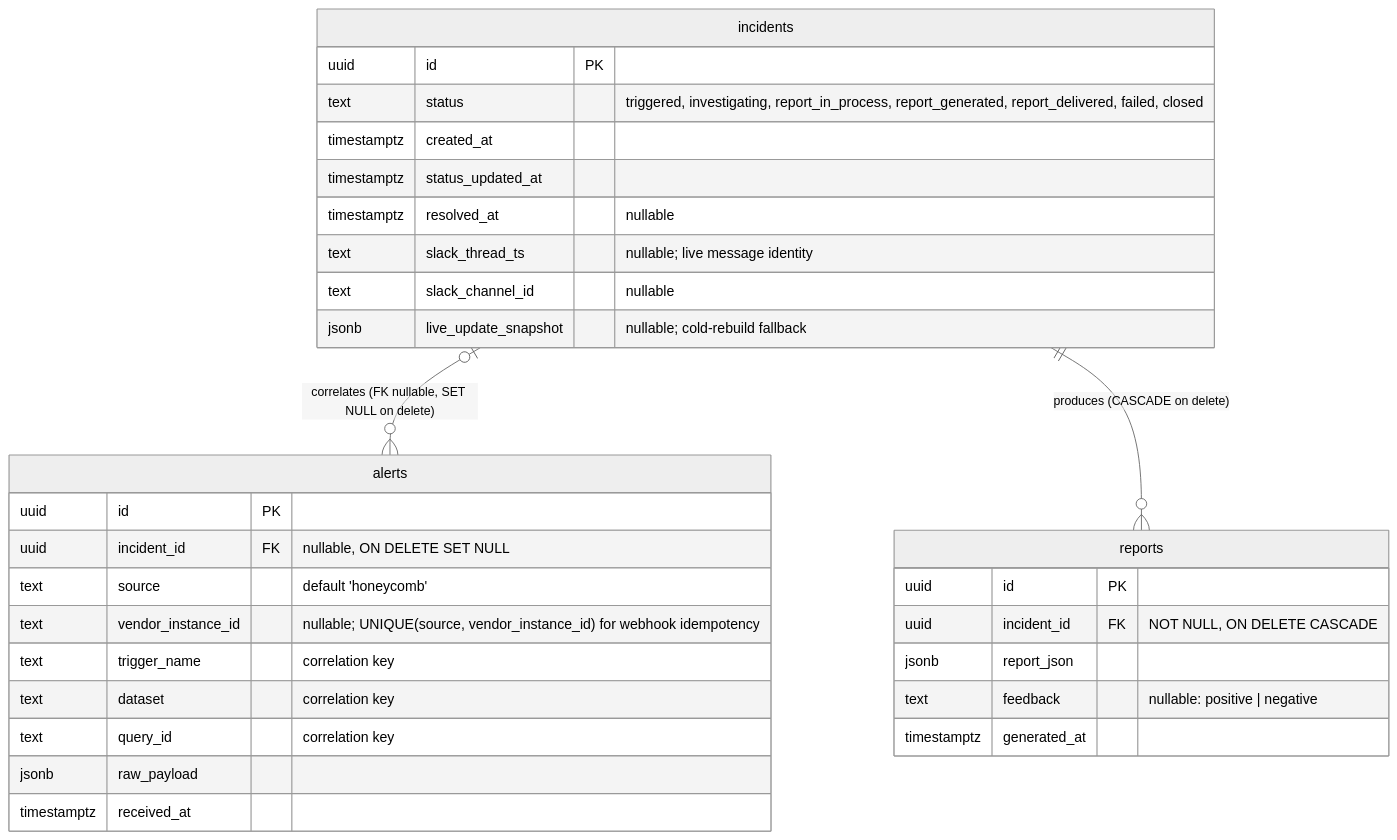
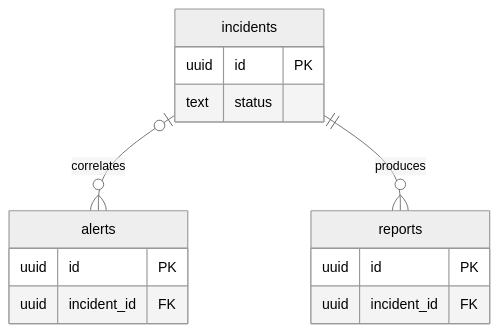
Before and after one commit to oiva-app/oiva: the diagram in docs/oiva-agent.md, drawn with Mermaid (neutral theme). The commit also changed other lines of this file and 1 other file, not shown here.

Commit message:
docs: simplify ERD and update alert shape note

````diff
--- a/docs/oiva-agent.md
+++ b/docs/oiva-agent.md
@@ -49,36 +49,18 @@
 ```mermaid
 erDiagram
-    incidents |o--o{ alerts : "correlates (FK nullable, SET NULL on delete)"
-    incidents ||--o{ reports : "produces (CASCADE on delete)"
+    incidents |o--o{ alerts : "correlates"
+    incidents ||--o{ reports : "produces"
 
     incidents {
         uuid id PK
-        text status "triggered, investigating, report_in_process, report_generated, report_delivered, failed, closed"
-        timestamptz created_at
-        timestamptz status_updated_at
-        timestamptz resolved_at "nullable"
-        text slack_thread_ts "nullable; live message identity"
-        text slack_channel_id "nullable"
-        jsonb live_update_snapshot "nullable; cold-rebuild fallback"
+        text status
     }
-
     alerts {
         uuid id PK
-        uuid incident_id FK "nullable, ON DELETE SET NULL"
-        text source "default 'honeycomb'"
-        text vendor_instance_id "nullable; UNIQUE(source, vendor_instance_id) for webhook idempotency"
-        text trigger_name "correlation key"
-        text dataset "correlation key"
-        text query_id "correlation key"
-        jsonb raw_payload
-        timestamptz received_at
+        uuid incident_id FK
     }
-
     reports {
         uuid id PK
-        uuid incident_id FK "NOT NULL, ON DELETE CASCADE"
-        jsonb report_json
-        text feedback "nullable: positive | negative"
-        timestamptz generated_at
+        uuid incident_id FK
     }
 ```
````
